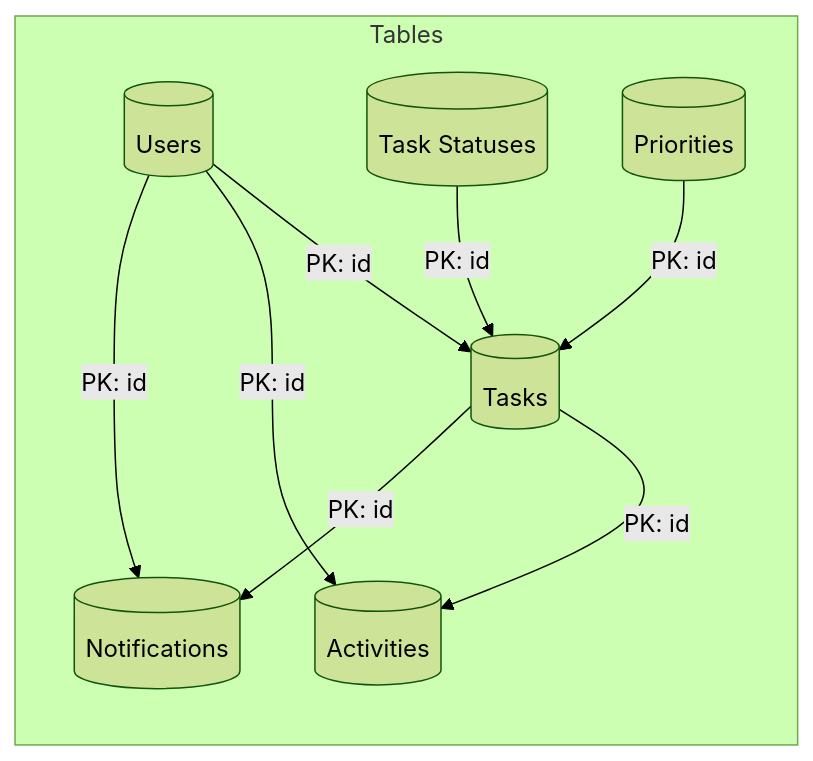
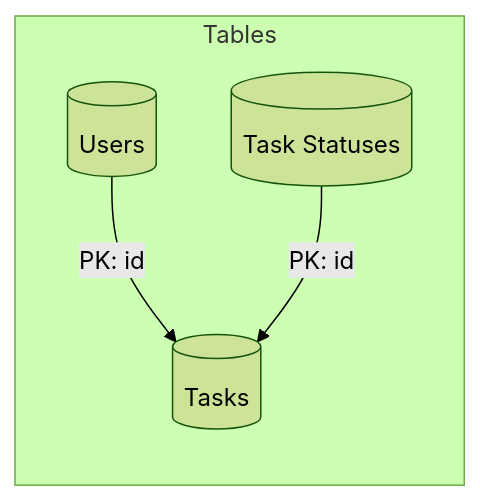
Before and after one commit to f3mi/DTS-developer-challenge: the third of 4 diagrams in docs/data-models/tms-data-model-v1.md, drawn with Mermaid (forest theme). The commit also changed other lines of this file and 8 other files, not shown here.

````diff
--- a/docs/data-models/tms-data-model-v1.md
+++ b/docs/data-models/tms-data-model-v1.md
@@ -142,19 +78,11 @@
 ```mermaid
 graph LR
     subgraph Tables
         Users[(Users)]
         TaskStatuses[(Task Statuses)]
-        Priorities[(Priorities)]
         Tasks[(Tasks)]
-        Activities[(Activities)]
-        Notifications[(Notifications)]
     end
     
     Users -->|PK: id| Tasks
-    Users -->|PK: id| Activities
-    Users -->|PK: id| Notifications
     TaskStatuses -->|PK: id| Tasks
-    Priorities -->|PK: id| Tasks
-    Tasks -->|PK: id| Activities
-    Tasks -->|PK: id| Notifications
 ```
````
